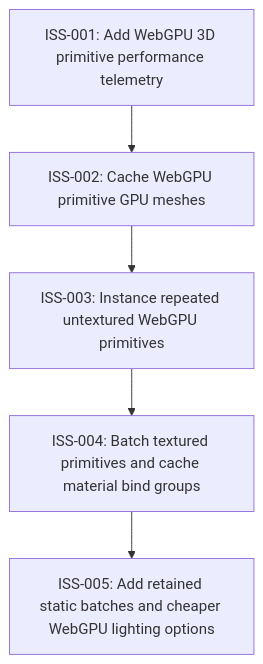
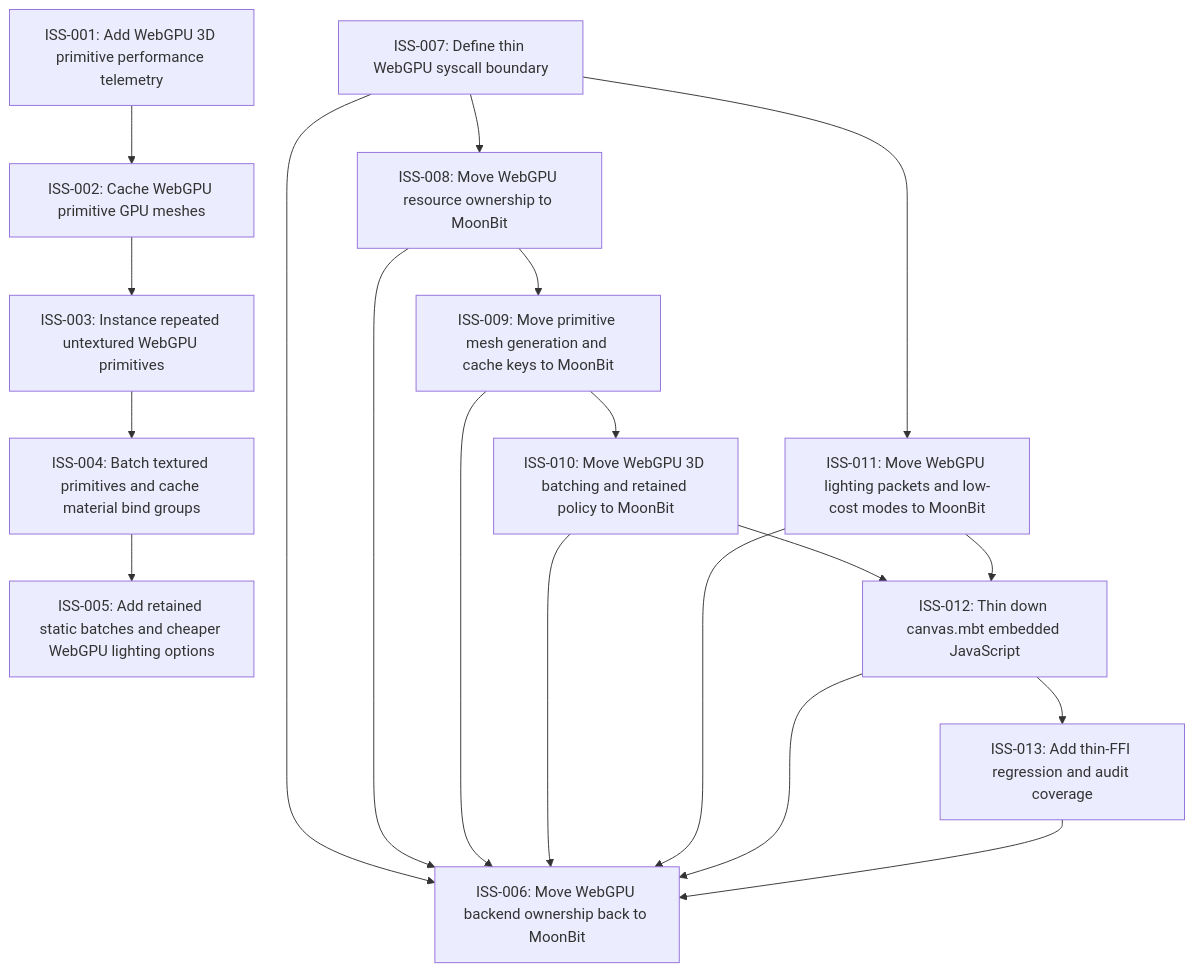
Before and after one commit to moonbit-community/selene: the diagram in issues/README.md, drawn with Mermaid. The commit also changed other lines of this file and 8 other files, not shown here.

Commit message:
Track MoonBit-first WebGPU FFI refactor

````diff
--- a/issues/README.md
+++ b/issues/README.md
@@ -15,12 +26,34 @@
 ```mermaid
 graph TD
   ISS_001["ISS-001: Add WebGPU 3D primitive performance telemetry"]
   ISS_002["ISS-002: Cache WebGPU primitive GPU meshes"]
   ISS_003["ISS-003: Instance repeated untextured WebGPU primitives"]
   ISS_004["ISS-004: Batch textured primitives and cache material bind groups"]
   ISS_005["ISS-005: Add retained static batches and cheaper WebGPU lighting options"]
+  ISS_006["ISS-006: Move WebGPU backend ownership back to MoonBit"]
+  ISS_007["ISS-007: Define thin WebGPU syscall boundary"]
+  ISS_008["ISS-008: Move WebGPU resource ownership to MoonBit"]
+  ISS_009["ISS-009: Move primitive mesh generation and cache keys to MoonBit"]
+  ISS_010["ISS-010: Move WebGPU 3D batching and retained policy to MoonBit"]
+  ISS_011["ISS-011: Move WebGPU lighting packets and low-cost modes to MoonBit"]
+  ISS_012["ISS-012: Thin down canvas.mbt embedded JavaScript"]
+  ISS_013["ISS-013: Add thin-FFI regression and audit coverage"]
   ISS_001 --> ISS_002
   ISS_002 --> ISS_003
   ISS_003 --> ISS_004
   ISS_004 --> ISS_005
+  ISS_007 --> ISS_006
+  ISS_008 --> ISS_006
+  ISS_009 --> ISS_006
+  ISS_010 --> ISS_006
+  ISS_011 --> ISS_006
+  ISS_012 --> ISS_006
+  ISS_013 --> ISS_006
+  ISS_007 --> ISS_008
+  ISS_008 --> ISS_009
+  ISS_009 --> ISS_010
+  ISS_007 --> ISS_011
+  ISS_010 --> ISS_012
+  ISS_011 --> ISS_012
+  ISS_012 --> ISS_013
 ```
````
